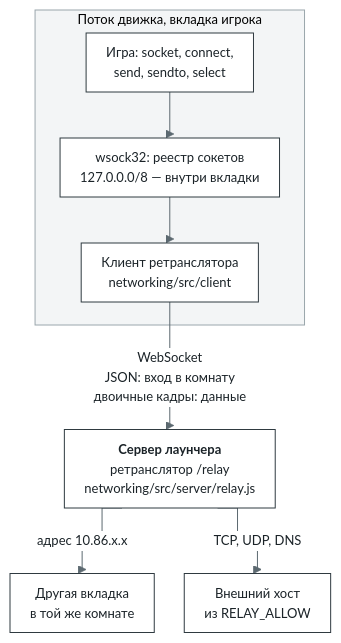
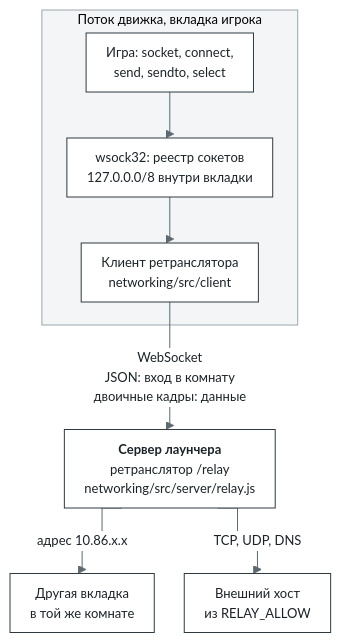
Before and after one commit to bottlify/bottlify: the ninth of 10 diagrams in docs/architecture.ru.md, drawn with Mermaid. The commit also changed other lines of this file and 8 other files, not shown here.

First line of the commit message:
docs: the architecture and the roadmap without dashes, the Russian text written as Russian rather than translated

````diff
--- a/docs/architecture.ru.md
+++ b/docs/architecture.ru.md
@@ -849,16 +850,16 @@
 ```mermaid
 %%{init: {"theme": "base", "flowchart": {"curve": "step", "nodeSpacing": 30, "rankSpacing": 46, "padding": 10}, "themeVariables": {"fontFamily": "Inter, Segoe UI, Helvetica, Arial, sans-serif", "fontSize": "13px", "primaryColor": "#FFFFFF", "primaryBorderColor": "#2F3A40", "primaryTextColor": "#1B2328", "lineColor": "#5C6970", "clusterBkg": "#F3F5F6", "clusterBorder": "#9AA6AC", "edgeLabelBackground": "#FFFFFF"}}}%%
 flowchart TB
   subgraph EW["Поток движка, вкладка игрока"]
     GM["Игра: socket, connect,<br/>send, sendto, select"]
-    WS["wsock32: реестр сокетов<br/>127.0.0.0/8 — внутри вкладки"]
+    WS["wsock32: реестр сокетов<br/>127.0.0.0/8 внутри вкладки"]
     CL["Клиент ретранслятора<br/>networking/src/client"]
   end
   RL["<b>Сервер лаунчера</b><br/>ретранслятор /relay<br/>networking/src/server/relay.js"]
   TB2["Другая вкладка<br/>в той же комнате"]
   NET["Внешний хост<br/>из RELAY_ALLOW"]
   GM --> WS --> CL
   CL -->|"WebSocket<br/>JSON: вход в комнату<br/>двоичные кадры: данные"| RL
   RL -->|"адрес 10.86.x.x"| TB2
   RL -->|"TCP, UDP, DNS"| NET
 ```
````
